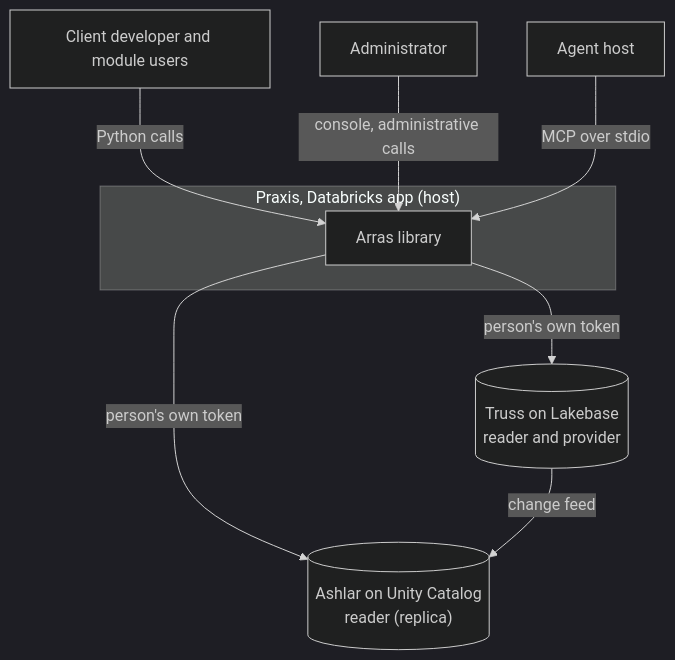
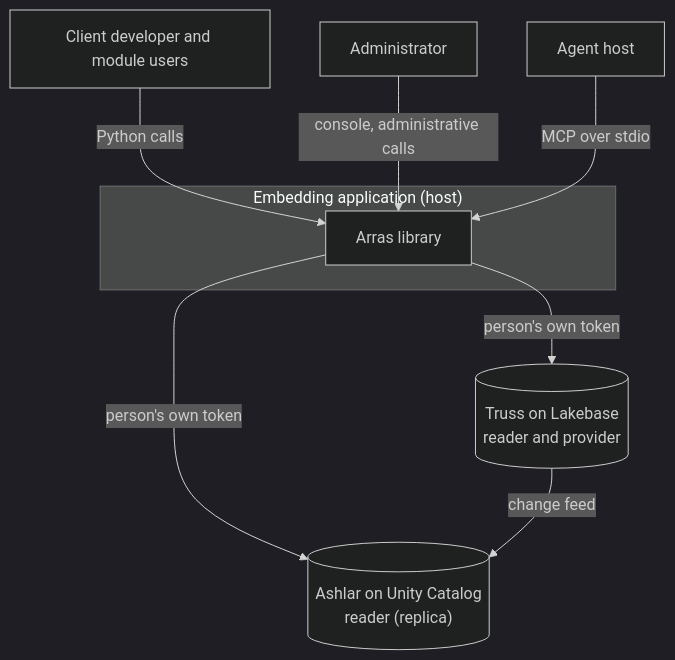
The first of 5 diagrams in docs/helix/02-design/architecture.md (DocumentDrivenDX/arras), drawn with Mermaid (dark theme) before and after one commit. The commit also changed other lines of this file and 305 other files, not shown here.

````diff
--- a/docs/helix/02-design/architecture.md
+++ b/docs/helix/02-design/architecture.md
@@ -101,17 +101,17 @@
 ```mermaid
 graph TB
     dev["Client developer and module users"]
     admin["Administrator"]
     agent["Agent host"]
-    subgraph praxis["Praxis, Databricks app (host)"]
+    subgraph host_application["Embedding application (host)"]
         arras["Arras library"]
     end
     truss[("Truss on Lakebase<br/>reader and provider")]
     ashlar[("Ashlar on Unity Catalog<br/>reader (replica)")]
     dev -->|"Python calls"| arras
     admin -->|"console, administrative calls"| arras
     agent -->|"MCP over stdio"| arras
     arras -->|"person's own token"| truss
     arras -->|"person's own token"| ashlar
     truss -->|"change feed"| ashlar
 ```
````
